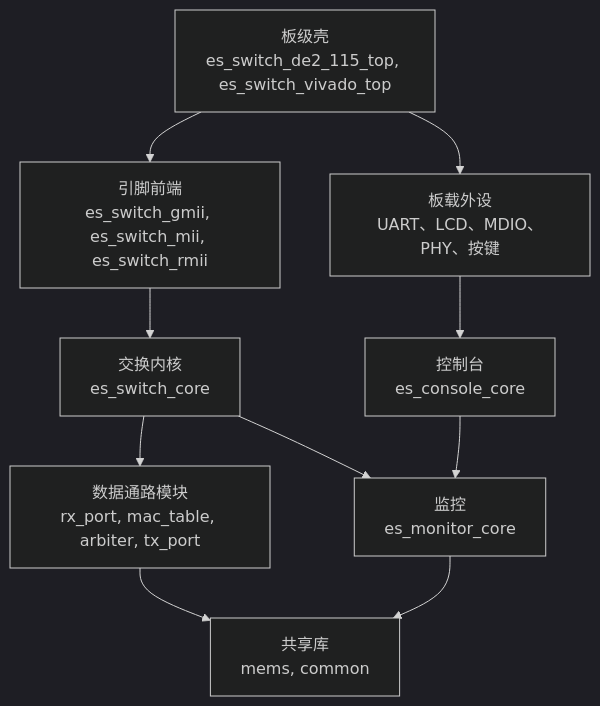
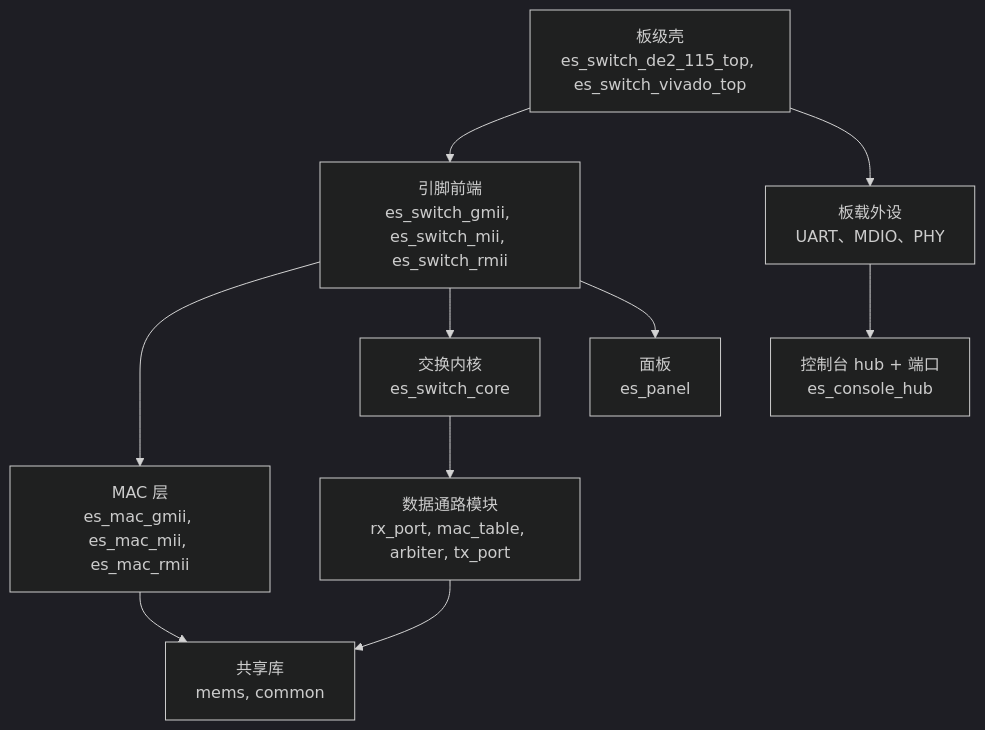
Before and after one commit to cw1997/ethernet-switch: the fourth of 15 diagrams in README.zh-Hans.md, drawn with Mermaid (dark theme). The commit also changed other lines of this file and 84 other files, not shown here.

````diff
--- a/README.zh-Hans.md
+++ b/README.zh-Hans.md
@@ -369,12 +371,12 @@
 ```mermaid
 flowchart TD
     B["板级壳<br/>es_switch_de2_115_top, es_switch_vivado_top"] --> W["引脚前端<br/>es_switch_gmii, es_switch_mii, es_switch_rmii"]
+    W --> A["MAC 层<br/>es_mac_gmii, es_mac_mii, es_mac_rmii"]
     W --> R["交换内核<br/>es_switch_core"]
+    W --> N["面板<br/>es_panel"]
     R --> D["数据通路模块<br/>rx_port, mac_table, arbiter, tx_port"]
-    R --> T["监控<br/>es_monitor_core"]
-    B --> P["板载外设<br/>UART、LCD、MDIO、PHY、按键"]
-    P --> K["控制台<br/>es_console_core"]
-    K --> T
+    B --> P["板载外设<br/>UART、MDIO、PHY"]
+    P --> K["控制台 hub + 端口<br/>es_console_hub"]
     D --> L["共享库<br/>mems, common"]
-    T --> L
+    A --> L
 ```
````
